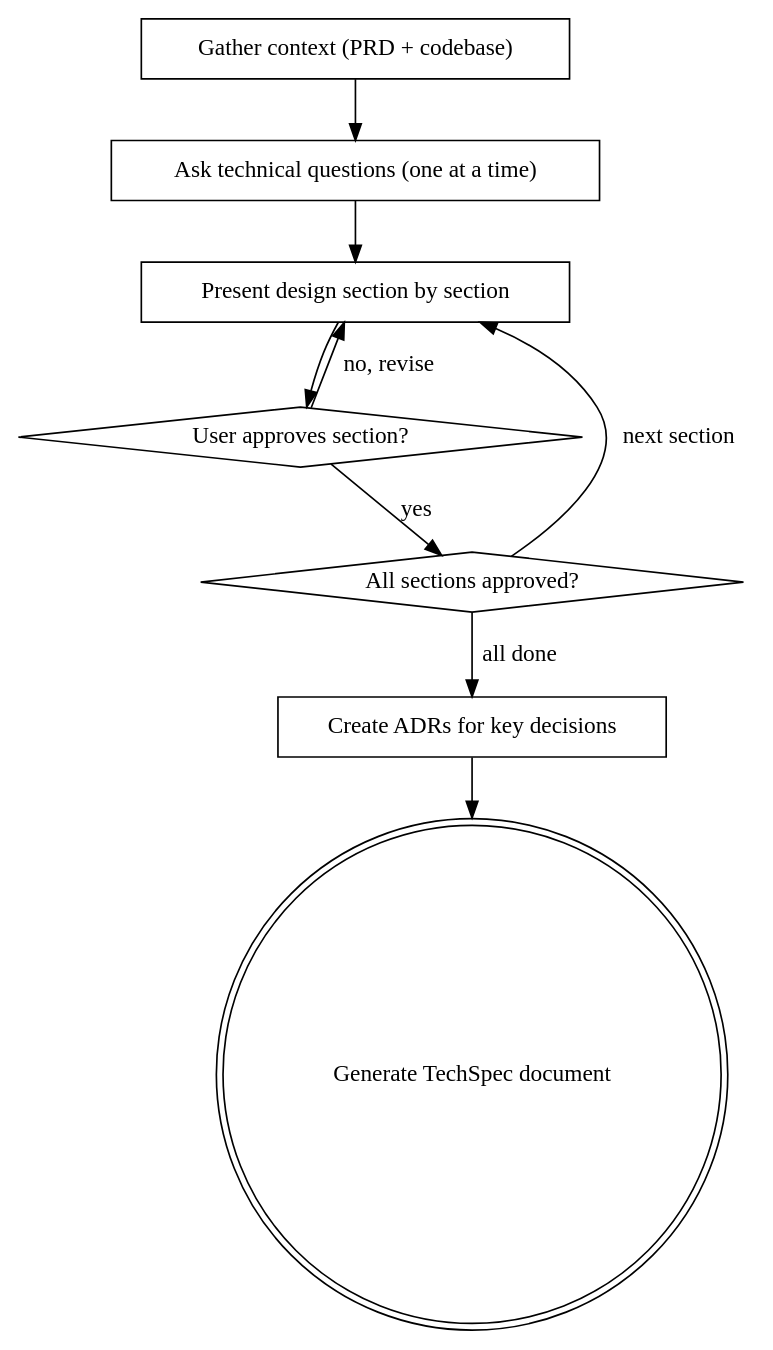
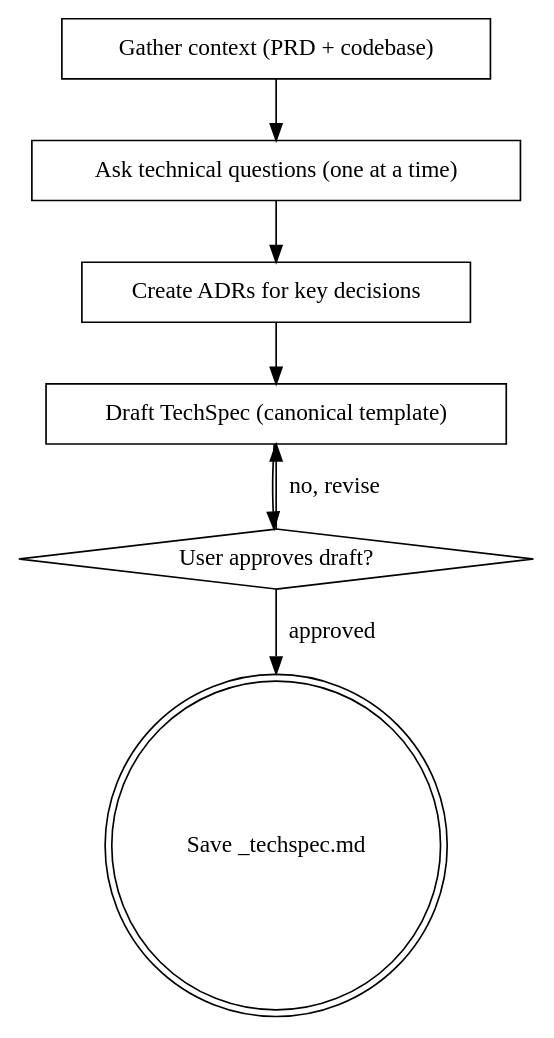
The diagram in .agents/skills/cy-create-techspec/SKILL.md (tassosgomes/mcad), drawn with Graphviz before and after one commit. The commit also changed other lines of this file and 360 other files, not shown here.

````diff
--- a/.agents/skills/cy-create-techspec/SKILL.md
+++ b/.agents/skills/cy-create-techspec/SKILL.md
@@ -72,20 +106,17 @@
 ```dot
 digraph create_techspec {
     "Gather context (PRD + codebase)" [shape=box];
     "Ask technical questions (one at a time)" [shape=box];
-    "Present design section by section" [shape=box];
-    "User approves section?" [shape=diamond];
-    "All sections approved?" [shape=diamond];
     "Create ADRs for key decisions" [shape=box];
-    "Generate TechSpec document" [shape=doublecircle];
+    "Draft TechSpec (canonical template)" [shape=box];
+    "User approves draft?" [shape=diamond];
+    "Save _techspec.md" [shape=doublecircle];
 
     "Gather context (PRD + codebase)" -> "Ask technical questions (one at a time)";
-    "Ask technical questions (one at a time)" -> "Present design section by section";
-    "Present design section by section" -> "User approves section?";
-    "User approves section?" -> "Present design section by section" [label="no, revise"];
-    "User approves section?" -> "All sections approved?" [label="yes"];
-    "All sections approved?" -> "Present design section by section" [label="next section"];
-    "All sections approved?" -> "Create ADRs for key decisions" [label="all done"];
-    "Create ADRs for key decisions" -> "Generate TechSpec document";
+    "Ask technical questions (one at a time)" -> "Create ADRs for key decisions";
+    "Create ADRs for key decisions" -> "Draft TechSpec (canonical template)";
+    "Draft TechSpec (canonical template)" -> "User approves draft?";
+    "User approves draft?" -> "Draft TechSpec (canonical template)" [label="no, revise"];
+    "User approves draft?" -> "Save _techspec.md" [label="approved"];
 }
 ```
````
